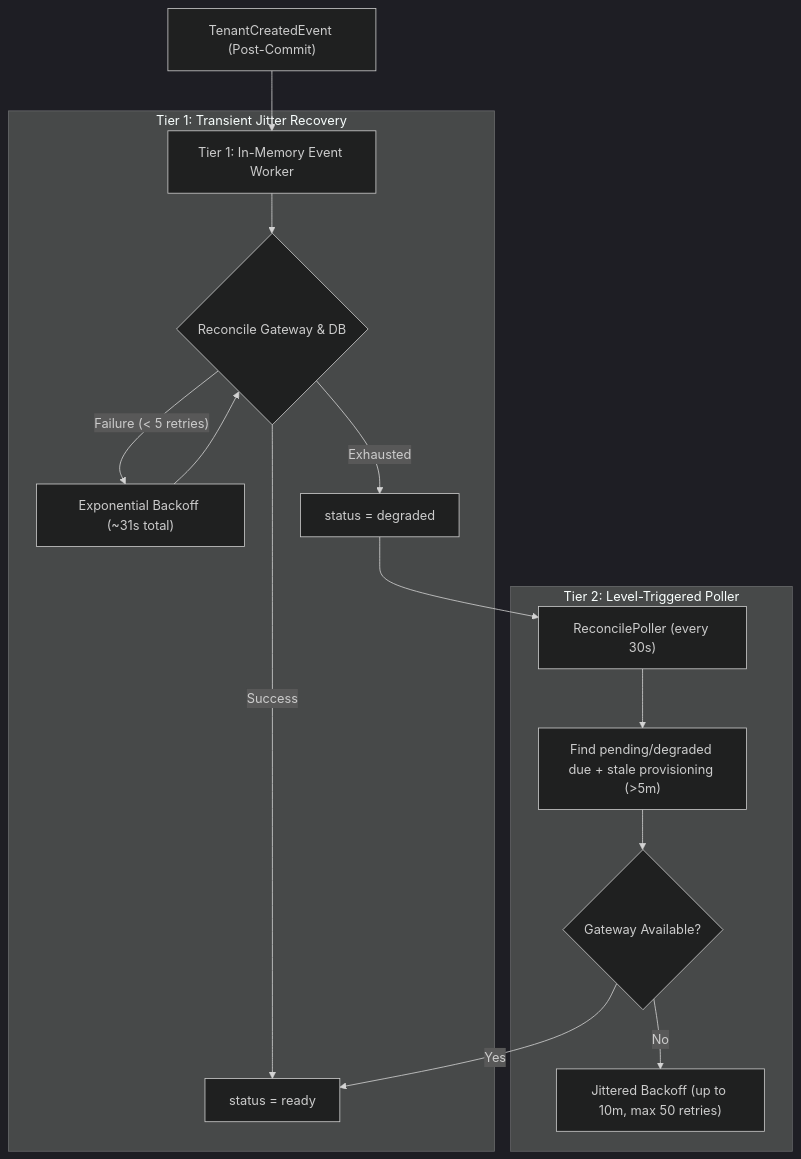
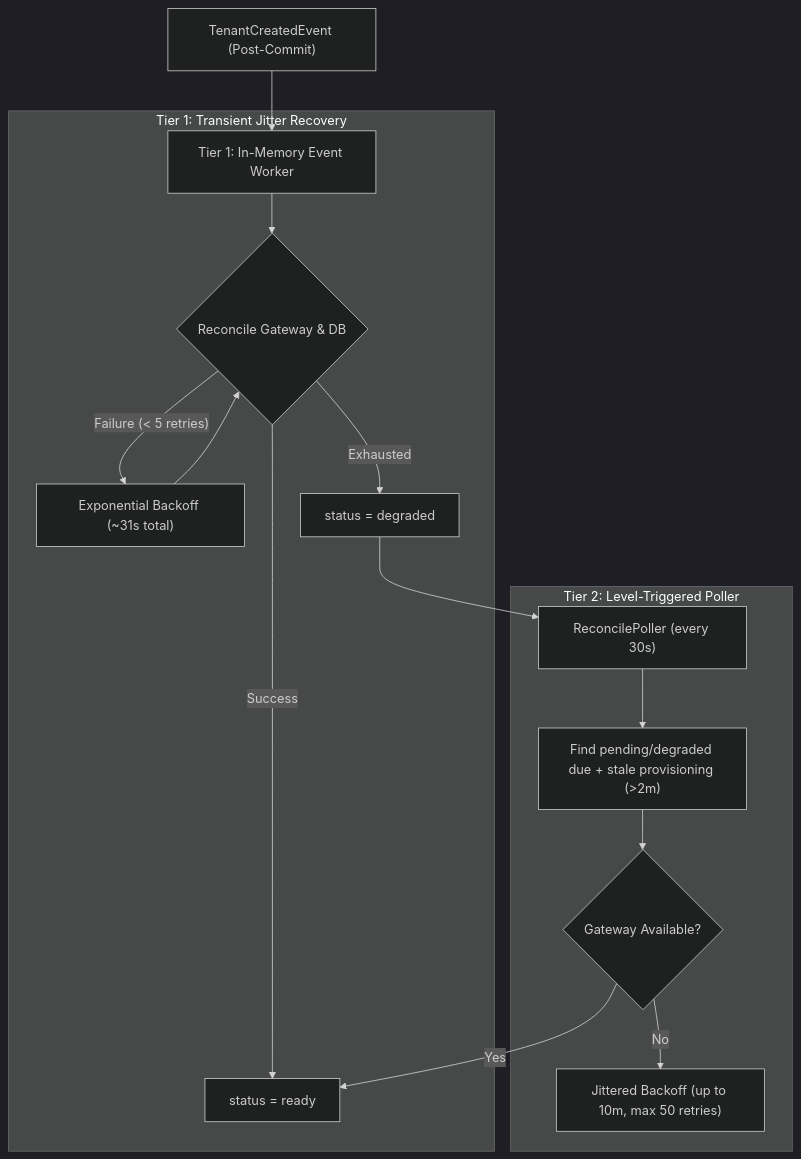
The first of 3 diagrams in extensions/model-platform/implementation-plan.md (Sanderhoff-alt/oh-my-ragflow), drawn with Mermaid (dark theme) before and after one commit. The commit also changed other lines of this file and 15 other files, not shown here.

````diff
--- a/extensions/model-platform/implementation-plan.md
+++ b/extensions/model-platform/implementation-plan.md
@@ -179,17 +179,17 @@
 ```mermaid
 flowchart TD
     CommitEvent["TenantCreatedEvent (Post-Commit)"] --> Tier1Queue["Tier 1: In-Memory Event Worker"]
     subgraph Tier1 ["Tier 1: Transient Jitter Recovery"]
         Tier1Queue --> TryReconcile{"Reconcile Gateway & DB"}
         TryReconcile -->|"Success"| SetReady["status = ready"]
         TryReconcile -->|"Failure (< 5 retries)"| Backoff1["Exponential Backoff (~31s total)"] --> TryReconcile
         TryReconcile -->|"Exhausted"| SetDegraded["status = degraded"]
     end
     subgraph Tier2 ["Tier 2: Level-Triggered Poller"]
-        Poller["ReconcilePoller (every 30s)"] --> FindDue["Find pending/degraded due + stale provisioning (>5m)"]
+        Poller["ReconcilePoller (every 30s)"] --> FindDue["Find pending/degraded due + stale provisioning (>2m)"]
         FindDue --> TryHeal{"Gateway Available?"}
         TryHeal -->|"Yes"| SetReady
         TryHeal -->|"No"| Backoff2["Jittered Backoff (up to 10m, max 50 retries)"]
     end
     SetDegraded --> Poller
 ```
````
